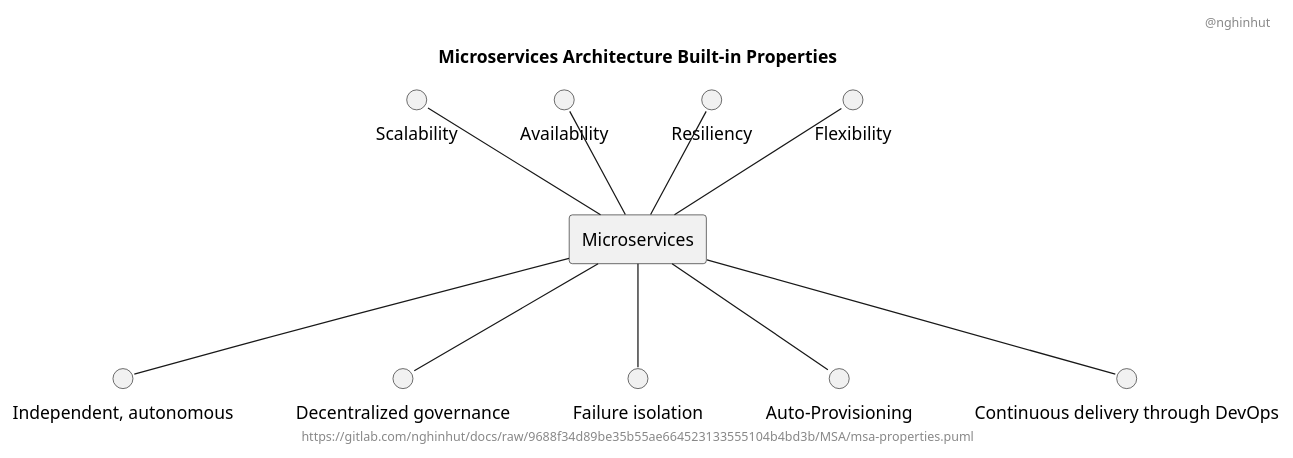
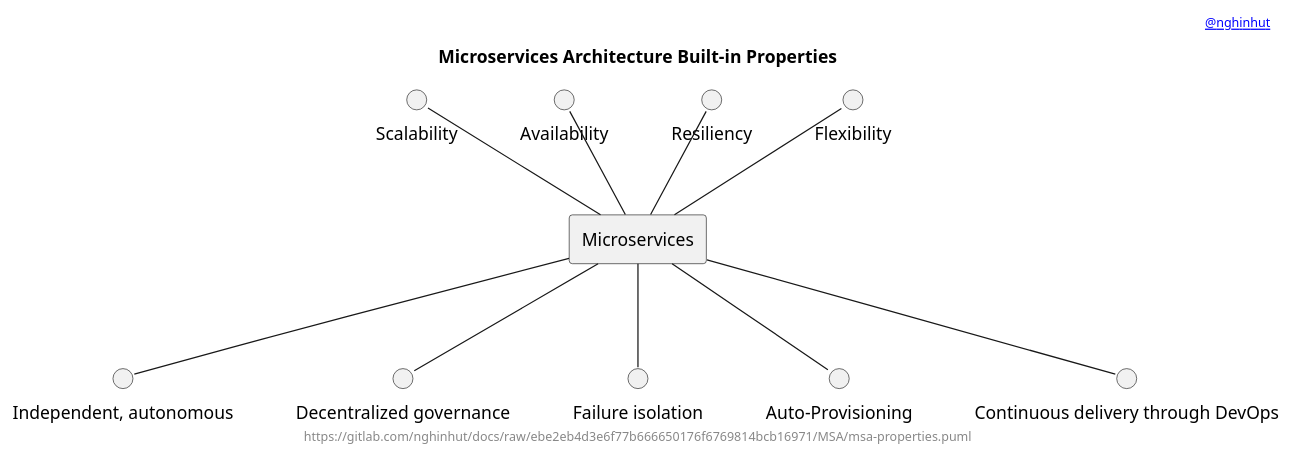
One commit to nghinhut/docs changed the diagram in MSA/msa-properties.puml. Above: the diagram before and after it, drawn with PlantUML. The commit also changed 18 other files, not shown here.

Commit message:
Update diagrams

```diff
--- a/MSA/msa-properties.puml
+++ b/MSA/msa-properties.puml
@@ -1,31 +1,31 @@
 @startuml
 '-----START auto generated metadata please keep comment here to allow auto update-----
 '-----DON'T EDIT THIS SECTION, INSTEAD RE-RUN prebuild.sh TO UPDATE-----
-header @nghinhut
-footer https://gitlab.com/nghinhut/docs/raw/9688f34d89be35b55ae664523133555104b4bd3b/MSA/msa-properties.puml
+header [[mailto:nghinhut@gmail.com @nghinhut]]
+footer https://gitlab.com/nghinhut/docs/raw/ebe2eb4d3e6f77b666650176f6769814bcb16971/MSA/msa-properties.puml
 '-----END auto generated metadata please keep comment here to allow auto update-----
 title Microservices Architecture Built-in Properties
 
 rectangle "Microservices" as msa
 
 circle "Scalability" as scalability
 circle "Availability" as availability
 circle "Resiliency" as resiliency
 circle "Flexibility" as flexibility
 circle "Independent, autonomous" as independent_autonomous
 circle "Decentralized governance" as decentralized_governance
 circle "Failure isolation" as failure_isolation
 circle "Auto-Provisioning" as auto_provisioning
 circle "Continuous delivery through DevOps" as cd
 
 scalability -- msa
 availability -- msa
 resiliency -- msa
 flexibility -- msa
 msa -- independent_autonomous
 msa -- decentralized_governance
 msa -- failure_isolation
 msa -- auto_provisioning
 msa -- cd
 
 @enduml
```
